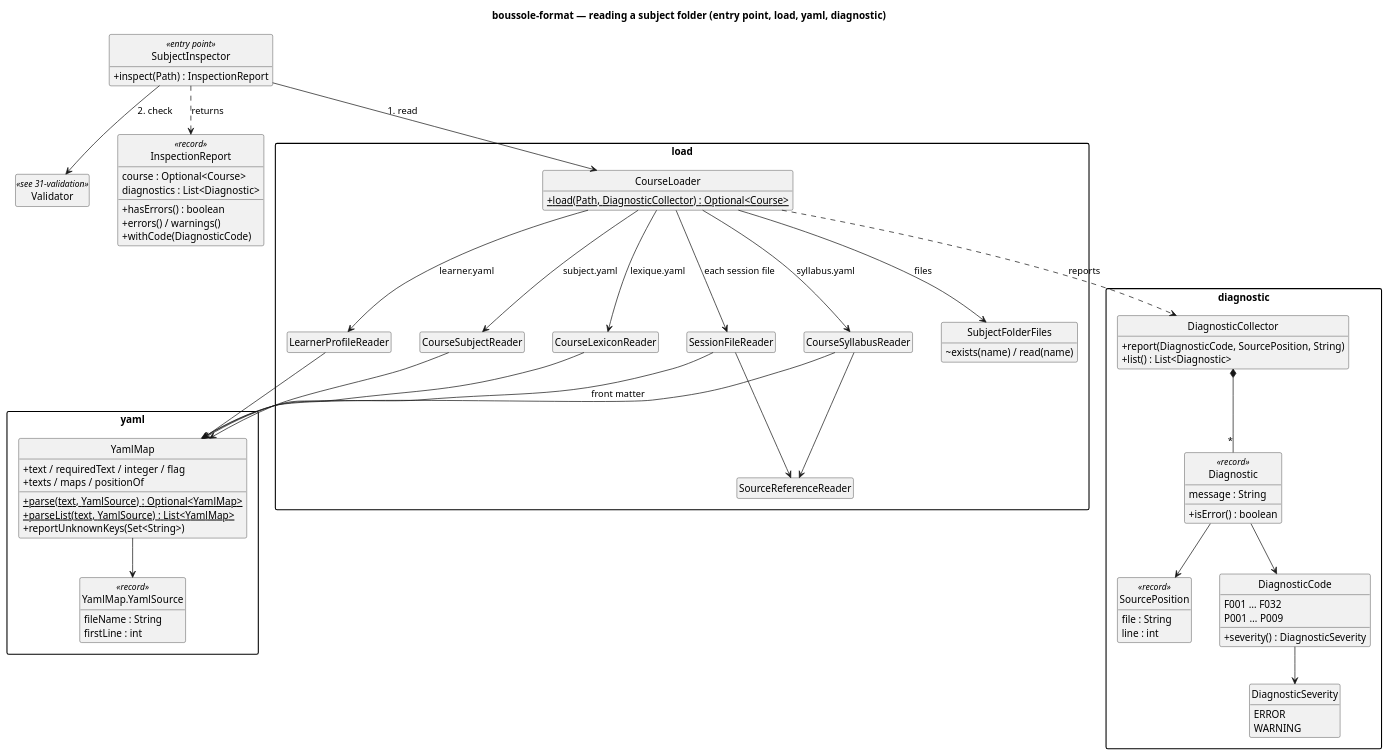
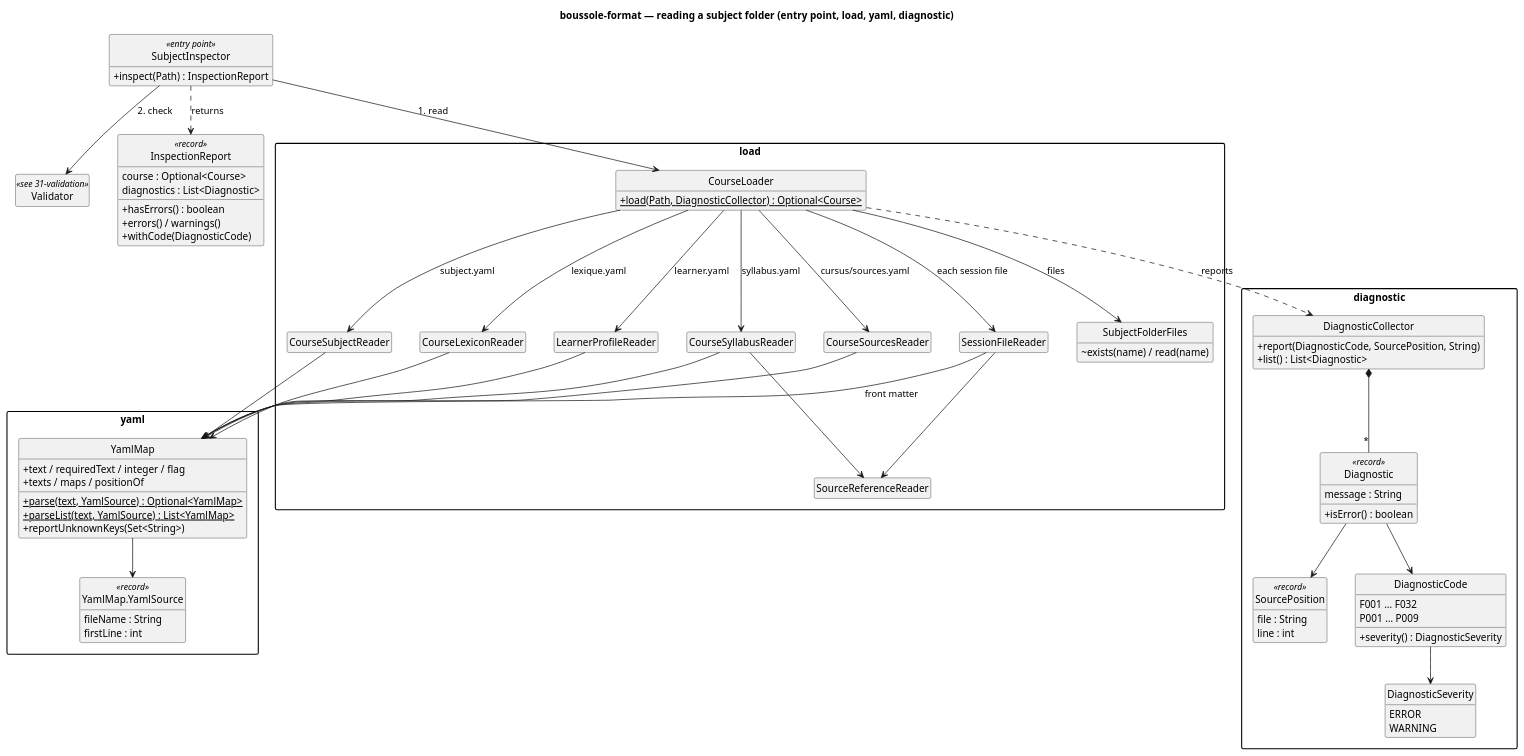
Before and after one commit to lucasssoh/Boussole: the diagram in docs/diagrams/30-loading.puml, drawn with PlantUML. The commit also changed 37 other files, not shown here.

First line of the commit message:
Format : cursus/sources.yaml records what the course did with each document, and the validator reports those that arrive, change or go

```diff
--- a/docs/diagrams/30-loading.puml
+++ b/docs/diagrams/30-loading.puml
@@ -1,101 +1,104 @@
 @startuml 30-loading
 skinparam packageStyle rectangle
 skinparam classAttributeIconSize 0
 skinparam nodesep 40
 skinparam ranksep 50
 hide empty members
 hide circle
 title boussole-format — reading a subject folder (entry point, load, yaml, diagnostic)
 
 class Validator <<see 31-validation>>
 class SubjectInspector <<entry point>> {
   +inspect(Path) : InspectionReport
 }
 class InspectionReport <<record>> {
   course : Optional<Course>
   diagnostics : List<Diagnostic>
   +hasErrors() : boolean
   +errors() / warnings()
   +withCode(DiagnosticCode)
 }
 
 package "load" {
   class CourseLoader {
     +{static} load(Path, DiagnosticCollector) : Optional<Course>
   }
   class SubjectFolderFiles {
     ~exists(name) / read(name)
   }
   class CourseSubjectReader
   class CourseSyllabusReader
   class CourseLexiconReader
   class LearnerProfileReader
+  class CourseSourcesReader
   class SessionFileReader
   class SourceReferenceReader
 }
 
 package "yaml" {
   class YamlMap {
     +{static} parse(text, YamlSource) : Optional<YamlMap>
     +{static} parseList(text, YamlSource) : List<YamlMap>
     +text / requiredText / integer / flag
     +texts / maps / positionOf
     +reportUnknownKeys(Set<String>)
   }
   class "YamlMap.YamlSource" as YamlSource <<record>> {
     fileName : String
     firstLine : int
   }
 }
 
 package "diagnostic" {
   class DiagnosticCollector {
     +report(DiagnosticCode, SourcePosition, String)
     +list() : List<Diagnostic>
   }
   class Diagnostic <<record>> {
     message : String
     +isError() : boolean
   }
   enum DiagnosticCode {
     F001 … F032
     P001 … P009
     +severity() : DiagnosticSeverity
   }
   enum DiagnosticSeverity {
     ERROR
     WARNING
   }
   class SourcePosition <<record>> {
     file : String
     line : int
   }
 }
 
 SubjectInspector --> CourseLoader : 1. read
 SubjectInspector ..> InspectionReport : returns
 CourseLoader --> SubjectFolderFiles : files
 CourseLoader --> CourseSubjectReader : subject.yaml
 CourseLoader --> CourseSyllabusReader : syllabus.yaml
 CourseLoader --> CourseLexiconReader : lexique.yaml
 CourseLoader --> LearnerProfileReader : learner.yaml
+CourseLoader --> CourseSourcesReader : cursus/sources.yaml
+CourseSourcesReader --> YamlMap
 CourseLoader --> SessionFileReader : each session file
 CourseSyllabusReader --> SourceReferenceReader
 SessionFileReader --> SourceReferenceReader
 CourseSubjectReader --> YamlMap
 CourseSyllabusReader --> YamlMap
 CourseLexiconReader --> YamlMap
 LearnerProfileReader --> YamlMap
 SessionFileReader --> YamlMap : front matter
 YamlMap --> YamlSource
 
 
 DiagnosticCollector *-- "*" Diagnostic
 Diagnostic --> DiagnosticCode
 Diagnostic --> SourcePosition
 DiagnosticCode --> DiagnosticSeverity
 CourseLoader ..> DiagnosticCollector : reports
 
 
 SubjectInspector --> Validator : 2. check
 @enduml
```
